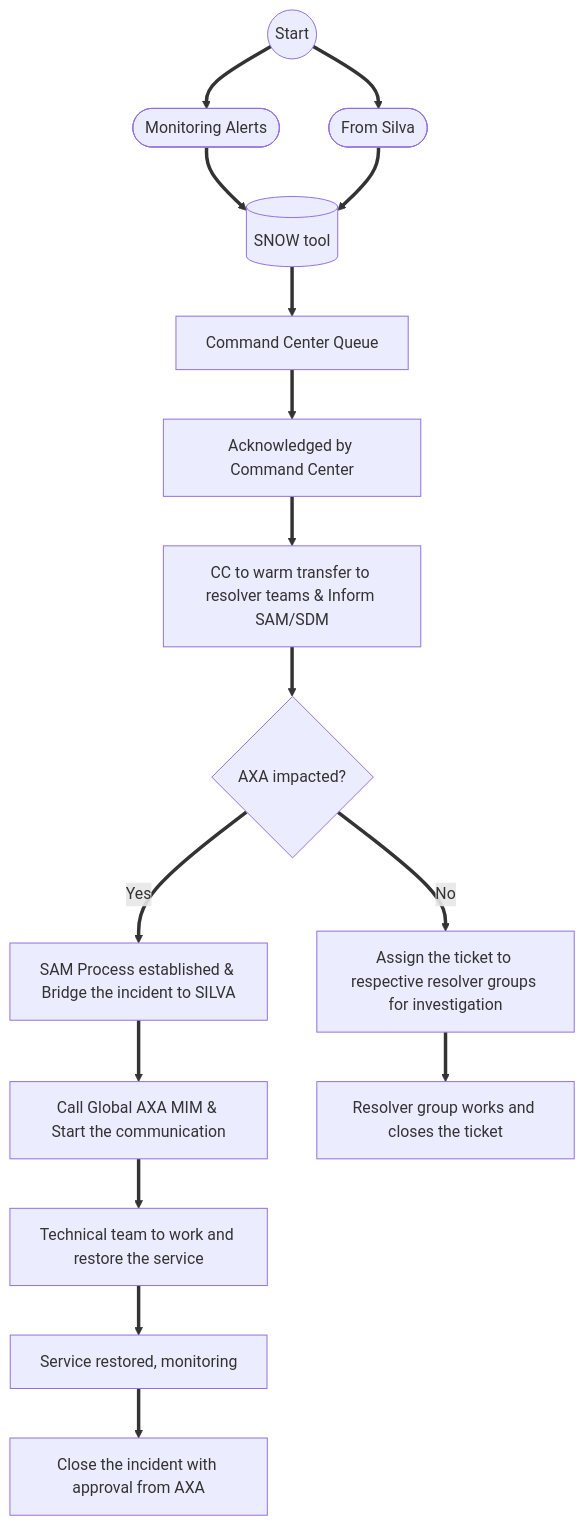
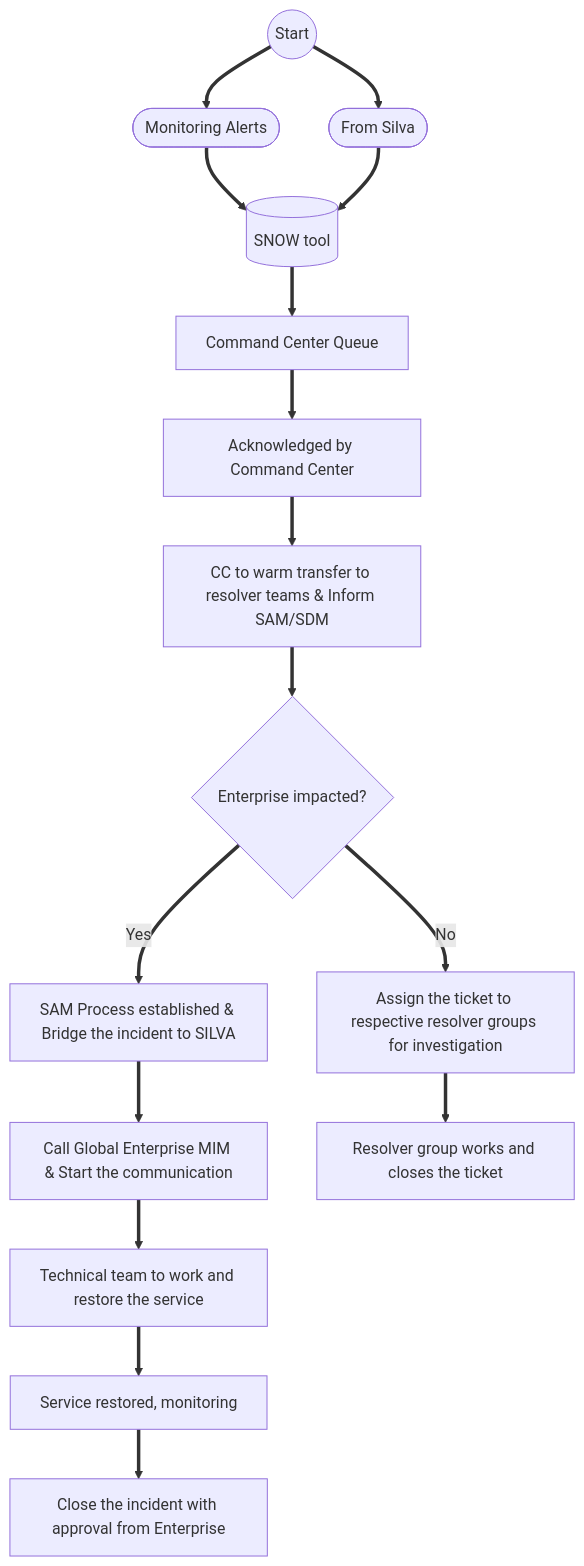
One commit to spnizen/cognitive-automation changed the diagram in docs/squads/service/incident.md. Above: the diagram before and after it, drawn with Mermaid. The commit also changed other lines of this file and 112 other files, not shown here.

````diff
--- a/docs/squads/service/incident.md
+++ b/docs/squads/service/incident.md
@@ -79,15 +79,15 @@
 ``` mermaid
   graph TD
     X((Start)) ==> T & S;
     T([Monitoring Alerts]) & S([From Silva]) ==> id;
     id[(SNOW tool)] ==>
     A[Command Center Queue] ==> B[Acknowledged by Command Center] 
-    ==> D[CC to warm transfer to resolver teams & Inform SAM/SDM] ==> E{AXA impacted?};
+    ==> D[CC to warm transfer to resolver teams & Inform SAM/SDM] ==> E{Enterprise impacted?};
     E ==>|Yes| E1[SAM Process established & Bridge the incident to SILVA];
-    E1 ==> F[Call Global AXA MIM & Start the communication]
+    E1 ==> F[Call Global Enterprise MIM & Start the communication]
     ==> F1[Technical team to work and restore the service]
     ==> F2[Service restored, monitoring] 
-    ==> F3[Close the incident with approval from AXA]
+    ==> F3[Close the incident with approval from Enterprise]
     E ==>|No| E2[Assign the ticket to respective resolver groups for investigation] 
     ==> G[Resolver group works and closes the ticket]
 ```
````
